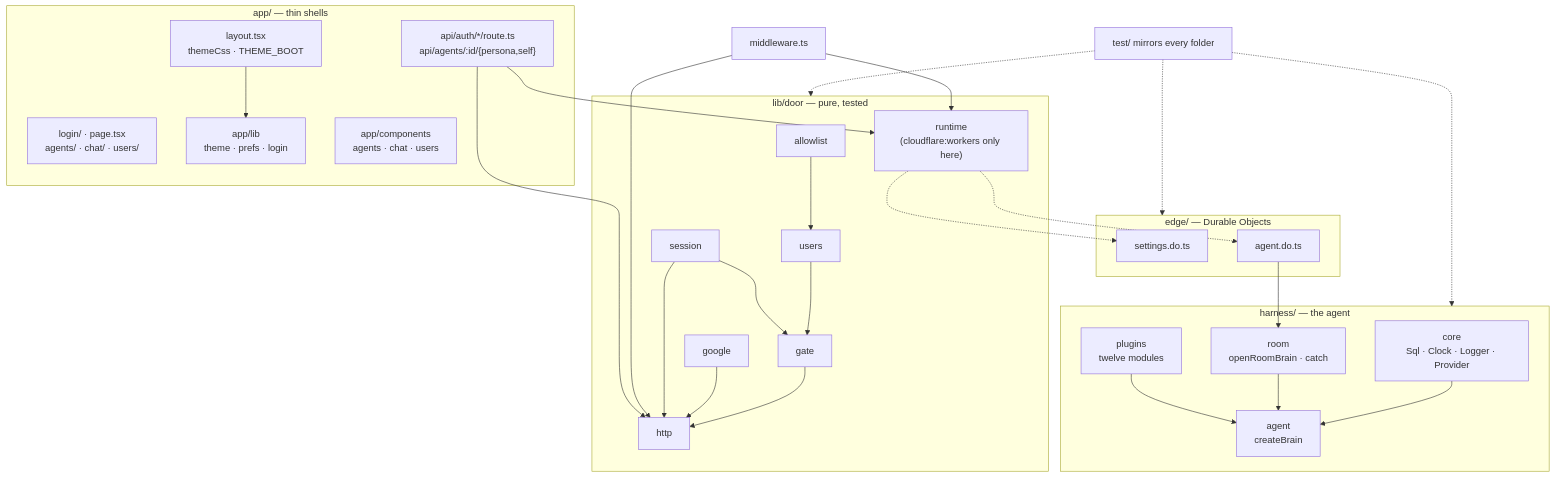
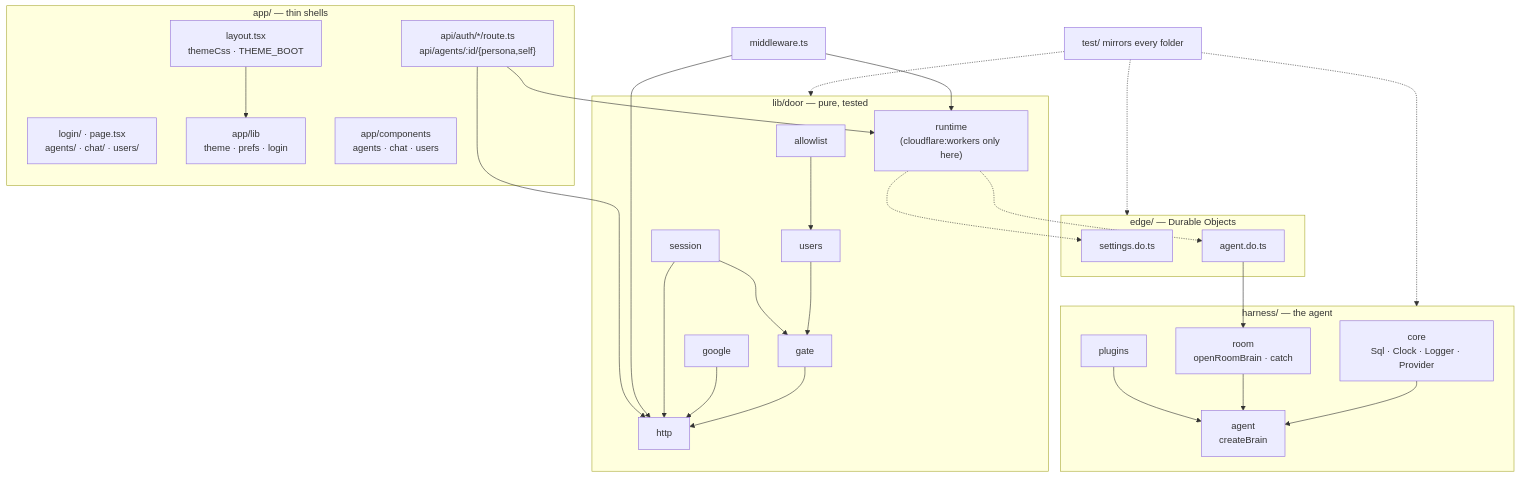
Before and after one commit to shotah/gantree2: diagram 11 of 11 in docs/architecture.md, drawn with Mermaid. The commit also changed other lines of this file and 59 other files, not shown here.

````diff
--- a/docs/architecture.md
+++ b/docs/architecture.md
@@ -420,39 +420,39 @@
 ```mermaid
 flowchart TB
   subgraph app["app/ — thin shells"]
     LAYOUT[layout.tsx<br/>themeCss · THEME_BOOT]
     PAGES["login/ · page.tsx<br/>agents/ · chat/ · users/"]
     API["api/auth/*/route.ts<br/>api/agents/:id/{persona,self}"]
     ALIB["app/lib<br/>theme · prefs · login"]
     COMP["app/components<br/>agents · chat · users"]
   end
   subgraph door["lib/door — pure, tested"]
     ALLOW[allowlist] --> USERS[users] --> GATE[gate] --> HTTP[http]
     GOOGLE[google] --> HTTP
     SESSION[session] --> GATE
     SESSION --> HTTP
     RT["runtime<br/>(cloudflare:workers only here)"]
   end
   subgraph harness["harness/ — the agent"]
     CORE[core<br/>Sql · Clock · Logger · Provider]
     LOOP[agent<br/>createBrain]
     ROOM[room<br/>openRoomBrain · catch]
-    PLUG[plugins<br/>twelve modules]
+    PLUG[plugins]
     CORE --> LOOP
     ROOM --> LOOP
     PLUG --> LOOP
   end
   subgraph edge["edge/ — Durable Objects"]
     SDO[settings.do.ts]
     ADO[agent.do.ts]
   end
   MW[middleware.ts] --> HTTP
   MW --> RT
   API --> HTTP
   API --> RT
   RT -.-> SDO
   RT -.-> ADO
   ADO --> ROOM
   LAYOUT --> ALIB
   TEST["test/ mirrors every folder"] -.-> door & harness & edge
 ```
````
